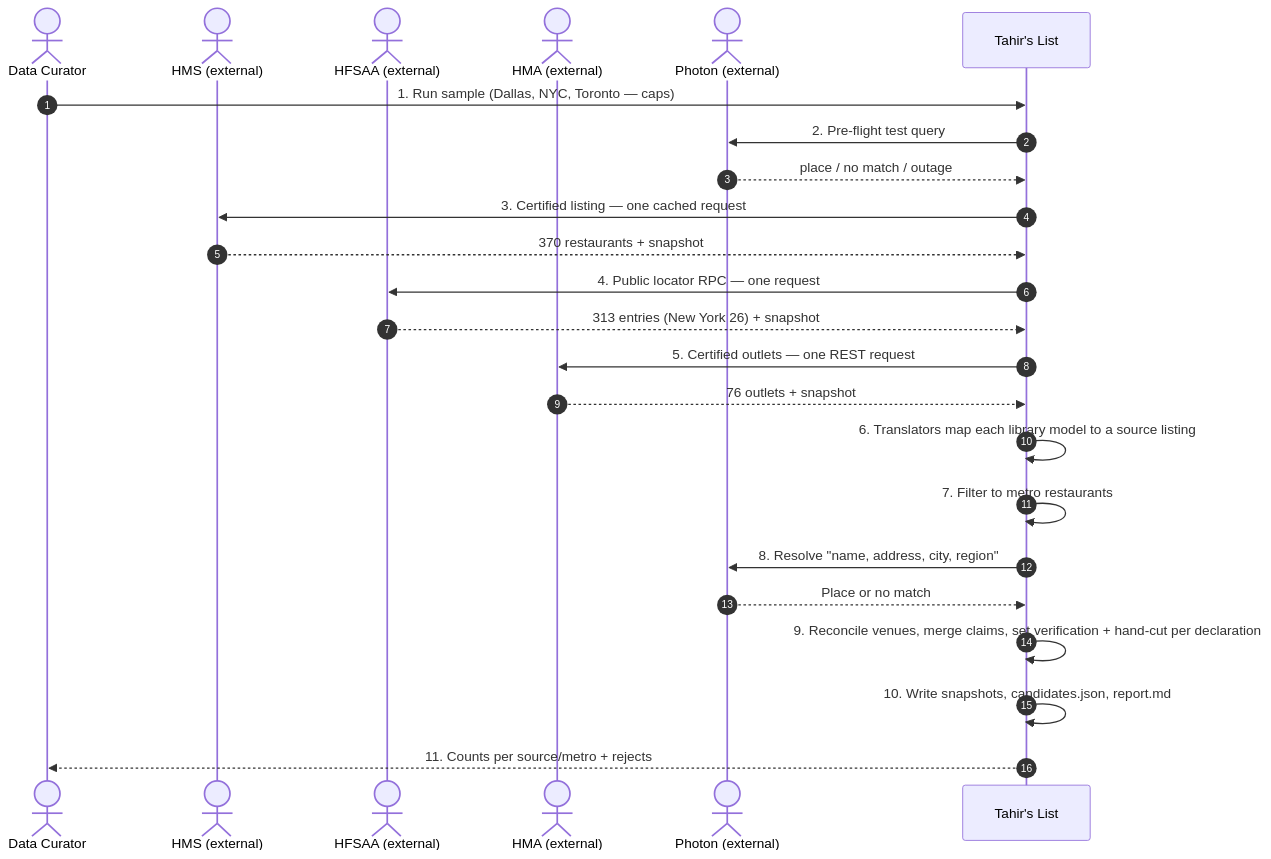
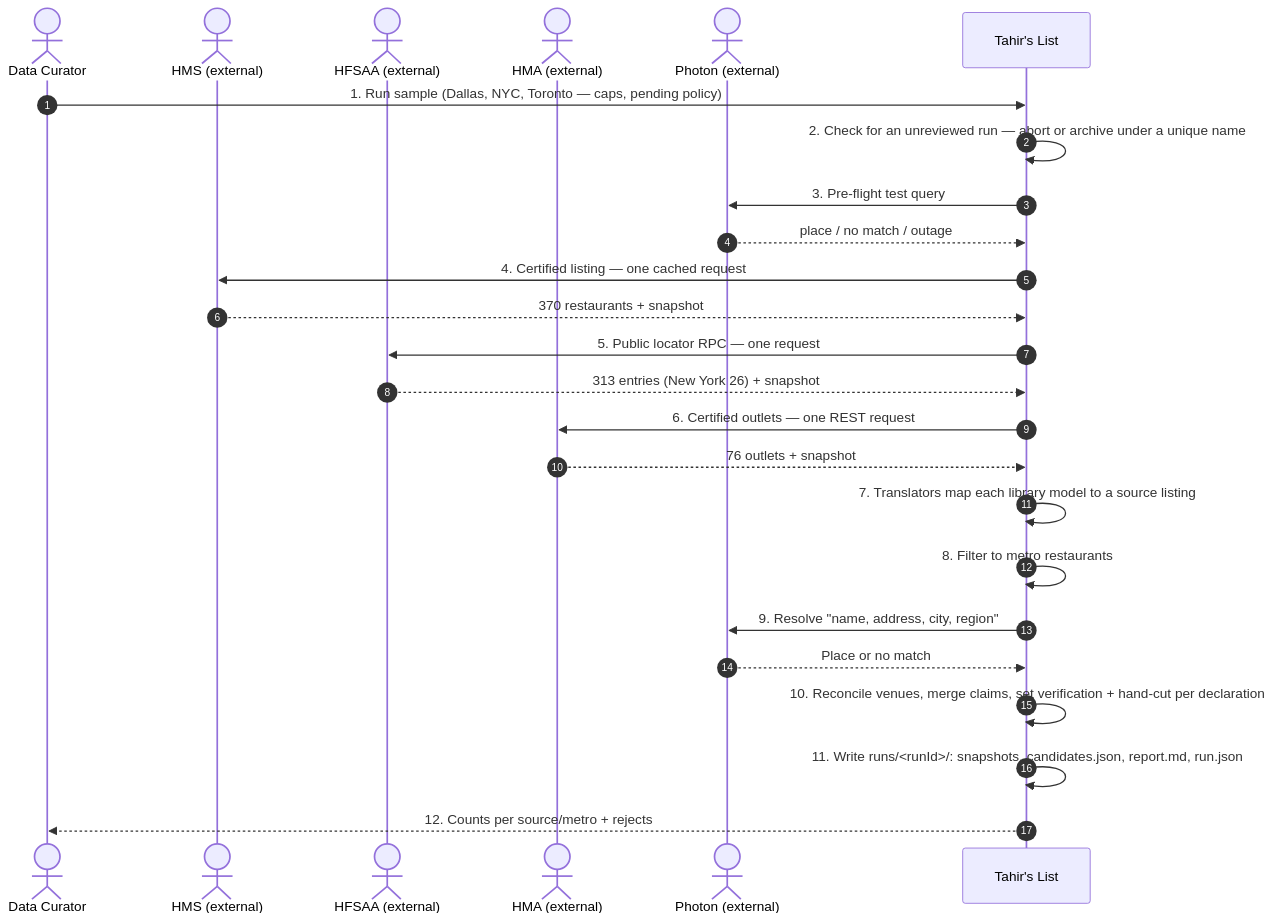
The first of 13 diagrams in docs/features/SC-211/04-blackbox/UC-01-run-sample-directory-ingestion.md (Losers-Lab/tahirs-list), drawn with Mermaid before and after one commit. The commit also changed other lines of this file and 8 other files, not shown here.

Commit message:
[SC-211] Document per-run artifact guard

````diff
--- a/docs/features/SC-211/04-blackbox/UC-01-run-sample-directory-ingestion.md
+++ b/docs/features/SC-211/04-blackbox/UC-01-run-sample-directory-ingestion.md
@@ -6,26 +6,27 @@
 ```mermaid
 sequenceDiagram
   autonumber
   actor DC as Data Curator
   actor HMS as HMS (external)
   actor HF as HFSAA (external)
   actor HM as HMA (external)
   actor PH as Photon (external)
   participant TL as Tahir's List
-  DC->>TL: 1. Run sample (Dallas, NYC, Toronto — caps)
-  TL->>PH: 2. Pre-flight test query
+  DC->>TL: 1. Run sample (Dallas, NYC, Toronto — caps, pending policy)
+  TL->>TL: 2. Check for an unreviewed run — abort or archive under a unique name
+  TL->>PH: 3. Pre-flight test query
   PH-->>TL: place / no match / outage
-  TL->>HMS: 3. Certified listing — one cached request
+  TL->>HMS: 4. Certified listing — one cached request
   HMS-->>TL: 370 restaurants + snapshot
-  TL->>HF: 4. Public locator RPC — one request
+  TL->>HF: 5. Public locator RPC — one request
   HF-->>TL: 313 entries (New York 26) + snapshot
-  TL->>HM: 5. Certified outlets — one REST request
+  TL->>HM: 6. Certified outlets — one REST request
   HM-->>TL: 76 outlets + snapshot
-  TL->>TL: 6. Translators map each library model to a source listing
-  TL->>TL: 7. Filter to metro restaurants
-  TL->>PH: 8. Resolve "name, address, city, region"
+  TL->>TL: 7. Translators map each library model to a source listing
+  TL->>TL: 8. Filter to metro restaurants
+  TL->>PH: 9. Resolve "name, address, city, region"
   PH-->>TL: Place or no match
-  TL->>TL: 9. Reconcile venues, merge claims, set verification + hand-cut per declaration
-  TL->>TL: 10. Write snapshots, candidates.json, report.md
-  TL-->>DC: 11. Counts per source/metro + rejects
+  TL->>TL: 10. Reconcile venues, merge claims, set verification + hand-cut per declaration
+  TL->>TL: 11. Write runs/<runId>/: snapshots, candidates.json, report.md, run.json
+  TL-->>DC: 12. Counts per source/metro + rejects
 ```
````
